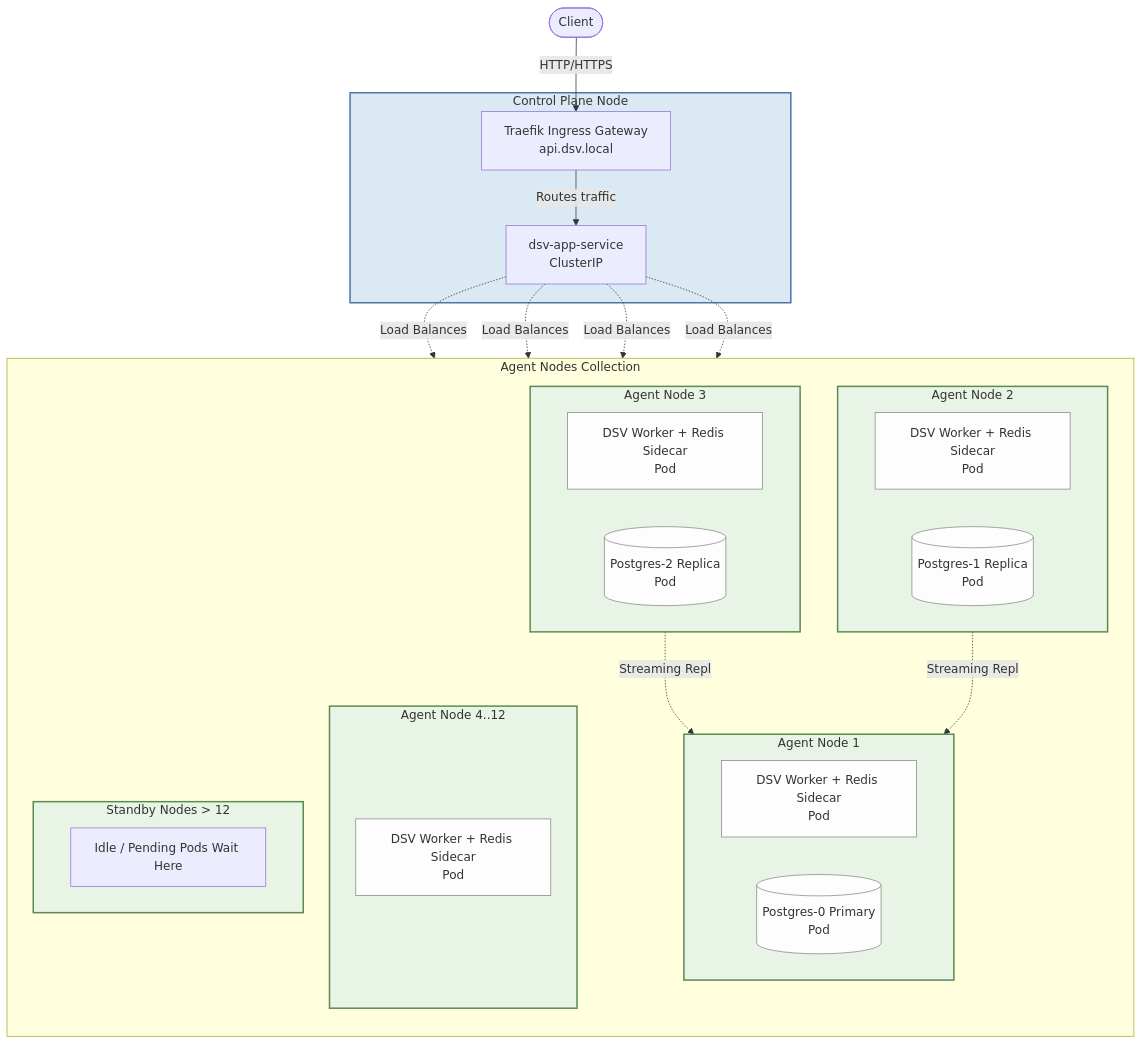
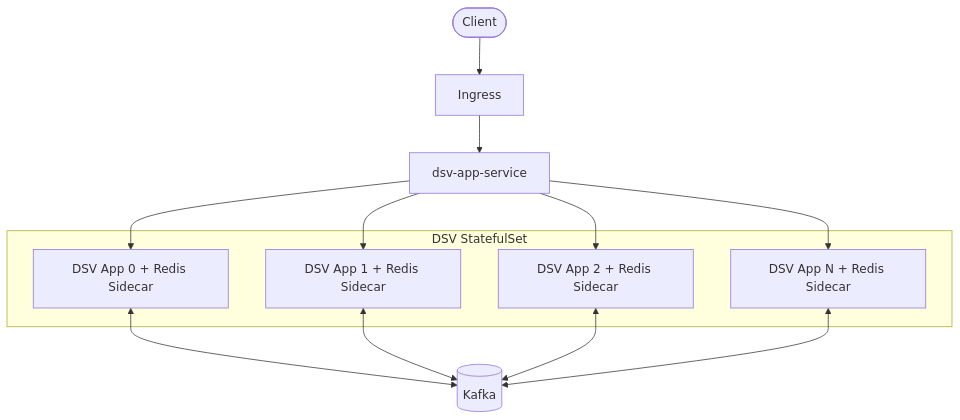
Before and after one commit to S26-Distributed-Capstone/DistributedSecretsVault: the diagram in docs/kubernetes.md, drawn with Mermaid. The commit also changed other lines of this file and 30 other files, not shown here.

````diff
--- a/docs/kubernetes.md
+++ b/docs/kubernetes.md
@@ -11,58 +7,27 @@
 ```mermaid
 graph TD
     Client([Client])
-    
-    subgraph ControlPlane [Control Plane Node]
-        Ingress[Traefik Ingress Gateway<br/>api.dsv.local]
-        Service[dsv-app-service<br/>ClusterIP]
-        Ingress --> |Routes traffic| Service
+    Ingress[Ingress]
+    Service[dsv-app-service]
+    Kafka[(Kafka)]
+
+    Client --> Ingress
+    Ingress --> Service
+
+    subgraph AppPods[DSV StatefulSet]
+        App1[DSV App 0 + Redis Sidecar]
+        App2[DSV App 1 + Redis Sidecar]
+        App3[DSV App 2 + Redis Sidecar]
+        AppN[DSV App N + Redis Sidecar]
     end
 
-    Client --> |HTTP/HTTPS| Ingress
+    Service --> App1
+    Service --> App2
+    Service --> App3
+    Service --> AppN
 
-    subgraph AgentNodes [Agent Nodes Collection]
-        direction TB
-
-        subgraph Node1 [Agent Node 1]
-            direction LR
-            App1[DSV Worker + Redis Sidecar<br/>Pod]
-            DB0[(Postgres-0 Primary<br/>Pod)]
-        end
-
-        subgraph Node2 [Agent Node 2]
-            direction LR
-            App2[DSV Worker + Redis Sidecar<br/>Pod]
-            DB1[(Postgres-1 Replica<br/>Pod)]
-        end
-
-        subgraph Node3 [Agent Node 3]
-            direction LR
-            App3[DSV Worker + Redis Sidecar<br/>Pod]
-            DB2[(Postgres-2 Replica<br/>Pod)]
-        end
-
-        subgraph NodeN [Agent Node 4..12]
-            AppN[DSV Worker + Redis Sidecar<br/>Pod]
-        end
-        
-        subgraph StandbyNodes [Standby Nodes > 12]
-            Idle[Idle / Pending Pods Wait Here]
-        end
-    end
-
-    Service -.-> |Load Balances| App1
-    Service -.-> |Load Balances| App2
-    Service -.-> |Load Balances| App3
-    Service -.-> |Load Balances| AppN
-    
-    DB1 -.-> |Streaming Repl| DB0
-    DB2 -.-> |Streaming Repl| DB0
-
-    classDef control fill:#dbe9f4,stroke:#4a76a8,stroke-width:2px,color:#333;
-    classDef agent fill:#e8f4e5,stroke:#5c8b52,stroke-width:2px,color:#333;
-    classDef pod fill:#fdfdfd,stroke:#888,stroke-width:1px,color:#333;
-    
-    class ControlPlane control;
-    class Node1,Node2,Node3,NodeN,StandbyNodes agent;
-    class App1,App2,App3,AppN,DB0,DB1,DB2 pod;
+    App1 <--> Kafka
+    App2 <--> Kafka
+    App3 <--> Kafka
+    AppN <--> Kafka
 ```
````
